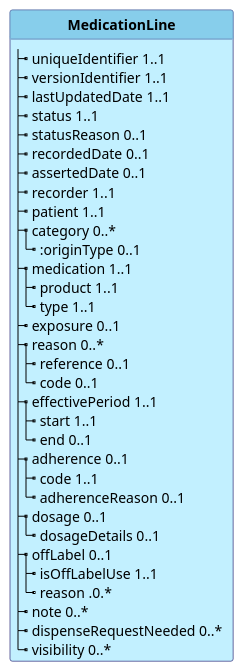
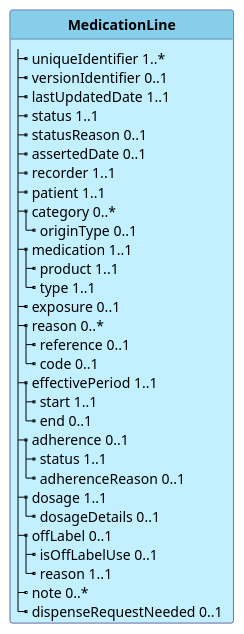
Before and after one commit to hl7-be/medication: the diagram in input/images-source/be-model-medicationline.plantuml, drawn with PlantUML.

Commit message:
update model for medLine (WIP)

```diff
--- a/input/images-source/be-model-medicationline.plantuml
+++ b/input/images-source/be-model-medicationline.plantuml
@@ -1,48 +1,45 @@
 @startuml
 skinparam linetype polyline
 hide circle
 hide stereotype
 
 
-skinparam class<<TM>> {
+skinparam class {
  BorderColor #505090
  BackgroundColor APPLICATION
  HeaderBackgroundColor SkyBlue
 }
 
-
-class "**MedicationLine**" as BELMMedicationLine <<TM>>{
-  |_ uniqueIdentifier 1..1   
-  |_ versionIdentifier 1..1   
+class "**MedicationLine**" as MedicationLine {
+  |_ uniqueIdentifier 1..*   
+  |_ versionIdentifier 0..1   
   |_ lastUpdatedDate 1..1   
   |_ status 1..1   
   |_ statusReason 0..1   
-  |_ recordedDate 0..1   
   |_ assertedDate 0..1   
   |_ recorder 1..1   
   |_ patient 1..1   
   |_ category 0..*   
-    |_ :originType 0..1   
+    |_ originType 0..1   
   |_ medication 1..1   
     |_ product 1..1   
     |_ type 1..1   
   |_ exposure 0..1   
   |_ reason 0..*   
     |_ reference 0..1   
     |_ code 0..1   
   |_ effectivePeriod 1..1   
     |_ start 1..1   
     |_ end 0..1   
   |_ adherence 0..1   
-    |_ code 1..1   
+    |_ status 1..1   
     |_ adherenceReason 0..1   
-  |_ dosage 0..1   
+  |_ dosage 1..1   
     |_ dosageDetails 0..1   
   |_ offLabel 0..1   
-    |_ isOffLabelUse 1..1   
-    |_ reason .0.*   
+    |_ isOffLabelUse 0..1   
+    |_ reason 1..1   
   |_ note 0..*   
-  |_ dispenseRequestNeeded 0..*   
-  |_ visibility 0..*   
+  |_ dispenseRequestNeeded 0..1   
 }
 @enduml
```
